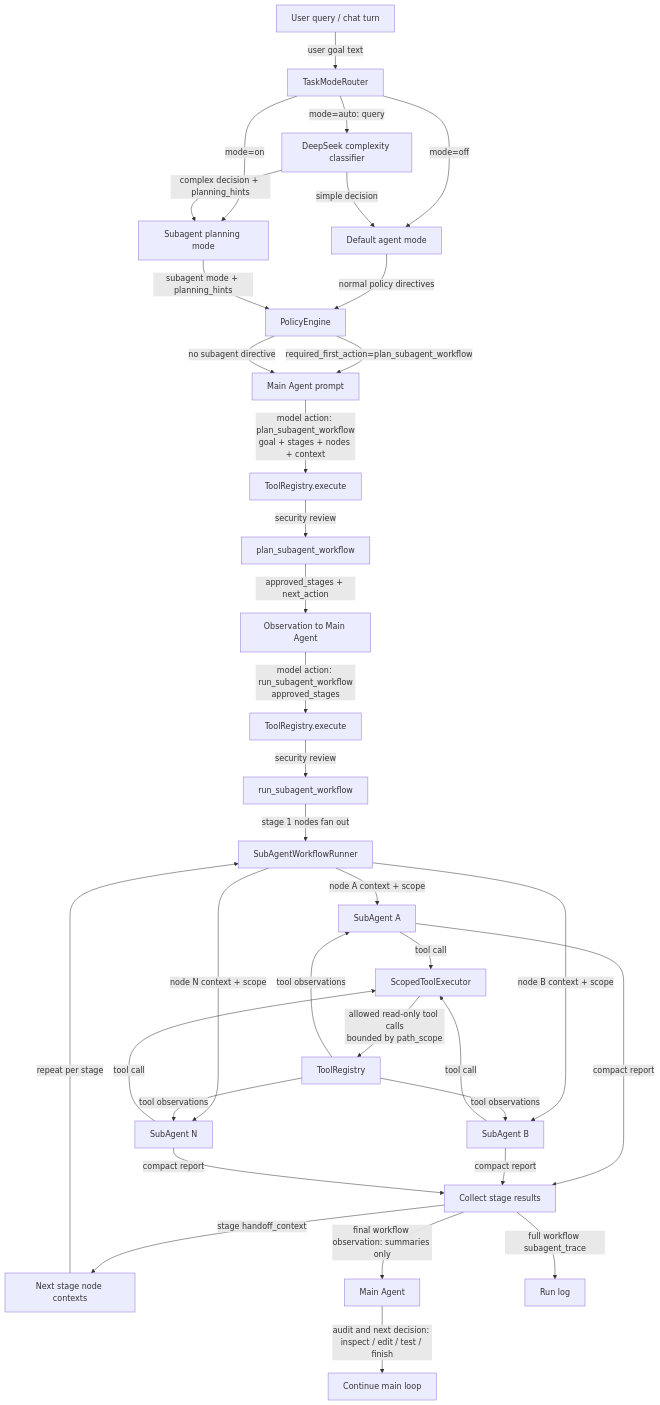
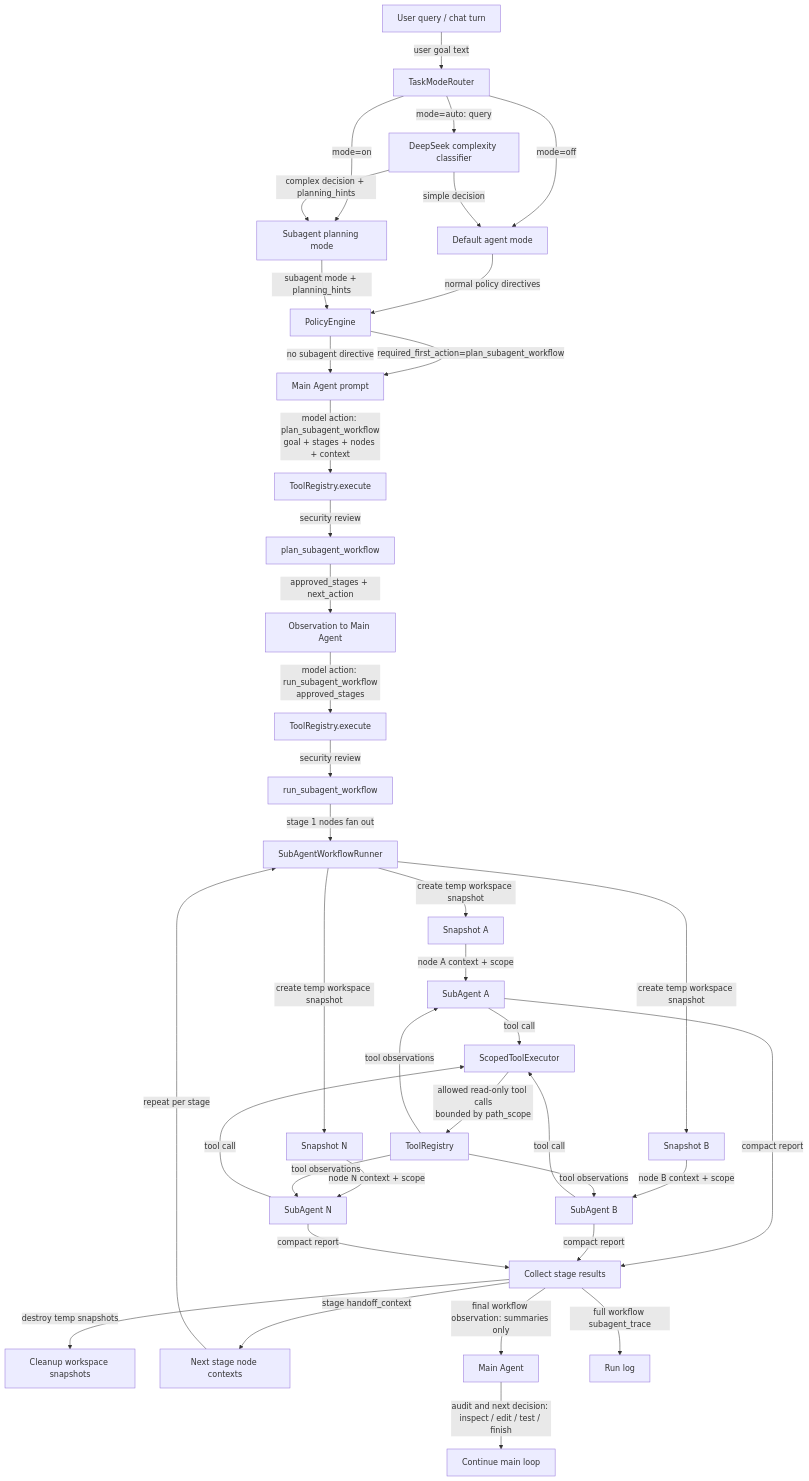
The fourth of 15 diagrams in README.md (Cachuela11/MiniCode), drawn with Mermaid before and after one commit. The commit also changed other lines of this file and 2 other files, not shown here.

Commit message:
update subagent self-workspace snapshot

````diff
--- a/README.md
+++ b/README.md
@@ -200,42 +202,46 @@
 ```mermaid
 flowchart TD
     A[User query / chat turn] -->|user goal text| B[TaskModeRouter]
     B -->|mode=off| C[Default agent mode]
     B -->|mode=on| D[Subagent planning mode]
     B -->|mode=auto: query| E[DeepSeek complexity classifier]
     E -->|simple decision| C
     E -->|complex decision + planning_hints| D
 
     C -->|normal policy directives| F[PolicyEngine]
     D -->|subagent mode + planning_hints| F
     F -->|required_first_action=plan_subagent_workflow| G[Main Agent prompt]
     F -->|no subagent directive| G
 
     G -->|model action: plan_subagent_workflow<br/>goal + stages + nodes + context| H[ToolRegistry.execute]
     H -->|security review| I[plan_subagent_workflow]
     I -->|approved_stages + next_action| J[Observation to Main Agent]
 
     J -->|model action: run_subagent_workflow<br/>approved_stages| K[ToolRegistry.execute]
     K -->|security review| L[run_subagent_workflow]
     L -->|stage 1 nodes fan out| M[SubAgentWorkflowRunner]
-    M -->|node A context + scope| N1[SubAgent A]
-    M -->|node B context + scope| N2[SubAgent B]
-    M -->|node N context + scope| N3[SubAgent N]
+    M -->|create temp workspace snapshot| W1[Snapshot A]
+    M -->|create temp workspace snapshot| W2[Snapshot B]
+    M -->|create temp workspace snapshot| W3[Snapshot N]
+    W1 -->|node A context + scope| N1[SubAgent A]
+    W2 -->|node B context + scope| N2[SubAgent B]
+    W3 -->|node N context + scope| N3[SubAgent N]
 
     N1 -->|tool call| O[ScopedToolExecutor]
     N2 -->|tool call| O
     N3 -->|tool call| O
     O -->|allowed read-only tool calls<br/>bounded by path_scope| P[ToolRegistry]
     P -->|tool observations| N1
     P -->|tool observations| N2
     P -->|tool observations| N3
 
     N1 -->|compact report| Q[Collect stage results]
     N2 -->|compact report| Q
     N3 -->|compact report| Q
+    Q -->|destroy temp snapshots| X[Cleanup workspace snapshots]
     Q -->|stage handoff_context| U[Next stage node contexts]
     U -->|repeat per stage| M
     Q -->|final workflow observation: summaries only| R[Main Agent]
     Q -->|full workflow subagent_trace| S[Run log]
     R -->|audit and next decision: inspect / edit / test / finish| T[Continue main loop]
 ```
````
